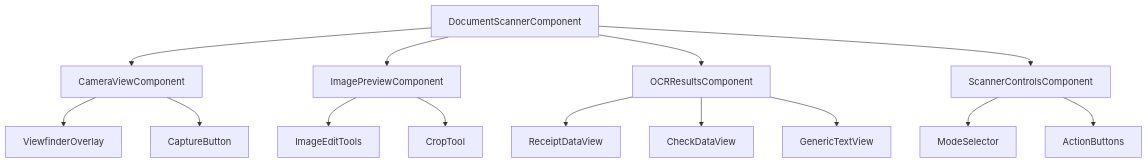
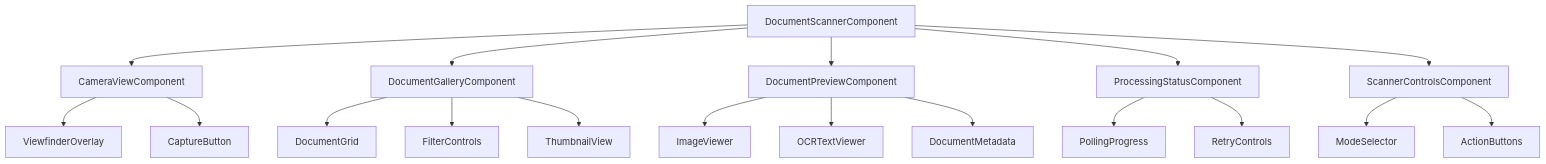
Before and after one commit to o2alexanderfedin/Nolock.social.frontends: the second of 9 diagrams in docs/architecture/features/document-scanner/ocr-scanner-architecture.md, drawn with Mermaid. The commit also changed other lines of this file and 2 other files, not shown here.

First line of the commit message:
docs: enhance OCR scanner architecture with CAS integration and update test mocks

````diff
--- a/docs/architecture/features/document-scanner/ocr-scanner-architecture.md
+++ b/docs/architecture/features/document-scanner/ocr-scanner-architecture.md
@@ -78,21 +100,26 @@
 ```mermaid
 graph TD
     ROOT[DocumentScannerComponent]
     ROOT --> CAMERA[CameraViewComponent]
-    ROOT --> PREVIEW[ImagePreviewComponent]
-    ROOT --> RESULTS[OCRResultsComponent]
+    ROOT --> GALLERY[DocumentGalleryComponent]
+    ROOT --> PREVIEW[DocumentPreviewComponent]
+    ROOT --> STATUS[ProcessingStatusComponent]
     ROOT --> CONTROLS[ScannerControlsComponent]
     
     CAMERA --> VIEWFINDER[ViewfinderOverlay]
     CAMERA --> CAPTURE[CaptureButton]
     
-    PREVIEW --> EDIT[ImageEditTools]
-    PREVIEW --> CROP[CropTool]
+    GALLERY --> GRID[DocumentGrid]
+    GALLERY --> FILTER[FilterControls]
+    GALLERY --> THUMB[ThumbnailView]
     
-    RESULTS --> RECEIPT[ReceiptDataView]
-    RESULTS --> CHECK[CheckDataView]
-    RESULTS --> GENERIC[GenericTextView]
+    PREVIEW --> IMAGE[ImageViewer]
+    PREVIEW --> OCR[OCRTextViewer]
+    PREVIEW --> META[DocumentMetadata]
+    
+    STATUS --> PROGRESS[PollingProgress]
+    STATUS --> RETRY[RetryControls]
     
     CONTROLS --> MODE[ModeSelector]
     CONTROLS --> ACTIONS[ActionButtons]
 ```
````
